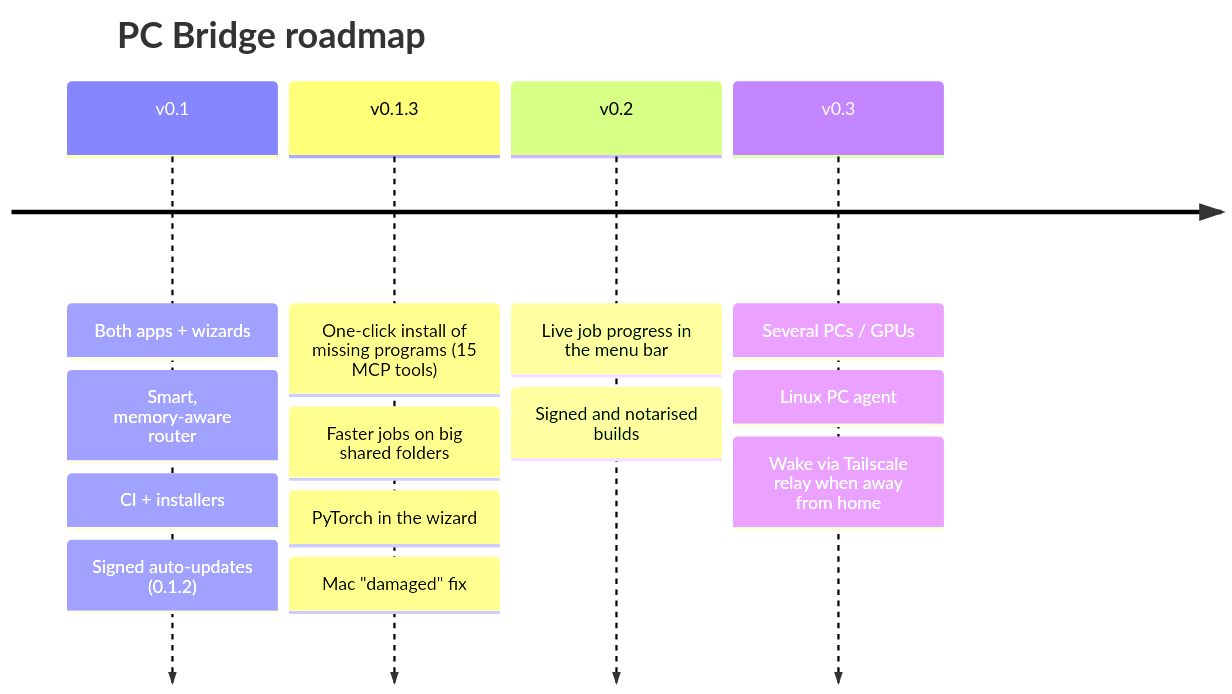
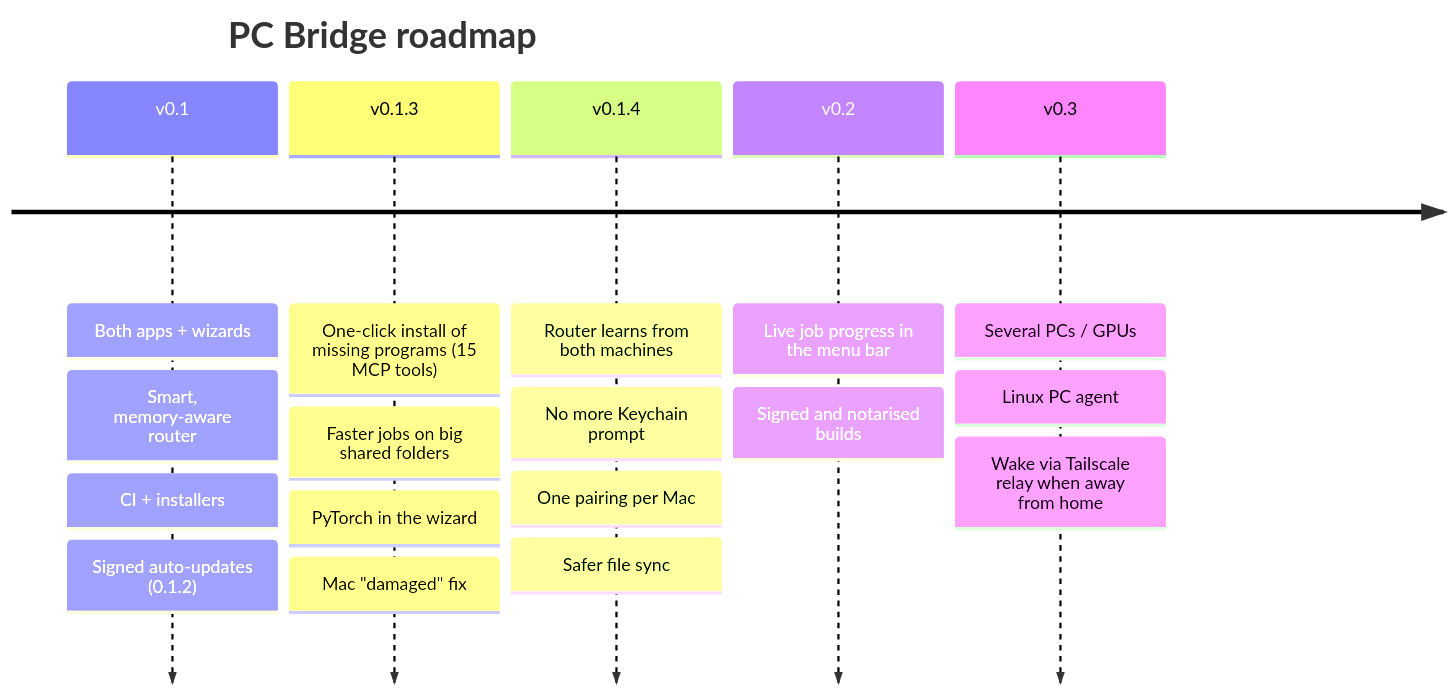
The second of 2 diagrams in README.md (walidriachy/pc-gpu-bridge), drawn with Mermaid before and after one commit. The commit also changed 10 other files, not shown here.

````diff
--- a/README.md
+++ b/README.md
@@ -195,8 +195,9 @@
 ```mermaid
 timeline
   title PC Bridge roadmap
   v0.1 : Both apps + wizards : Smart, memory-aware router : CI + installers : Signed auto-updates (0.1.2)
   v0.1.3 : One-click install of missing programs (15 MCP tools) : Faster jobs on big shared folders : PyTorch in the wizard : Mac "damaged" fix
+  v0.1.4 : Router learns from both machines : No more Keychain prompt : One pairing per Mac : Safer file sync
   v0.2 : Live job progress in the menu bar : Signed and notarised builds
   v0.3 : Several PCs / GPUs : Linux PC agent : Wake via Tailscale relay when away from home
 ```
````
